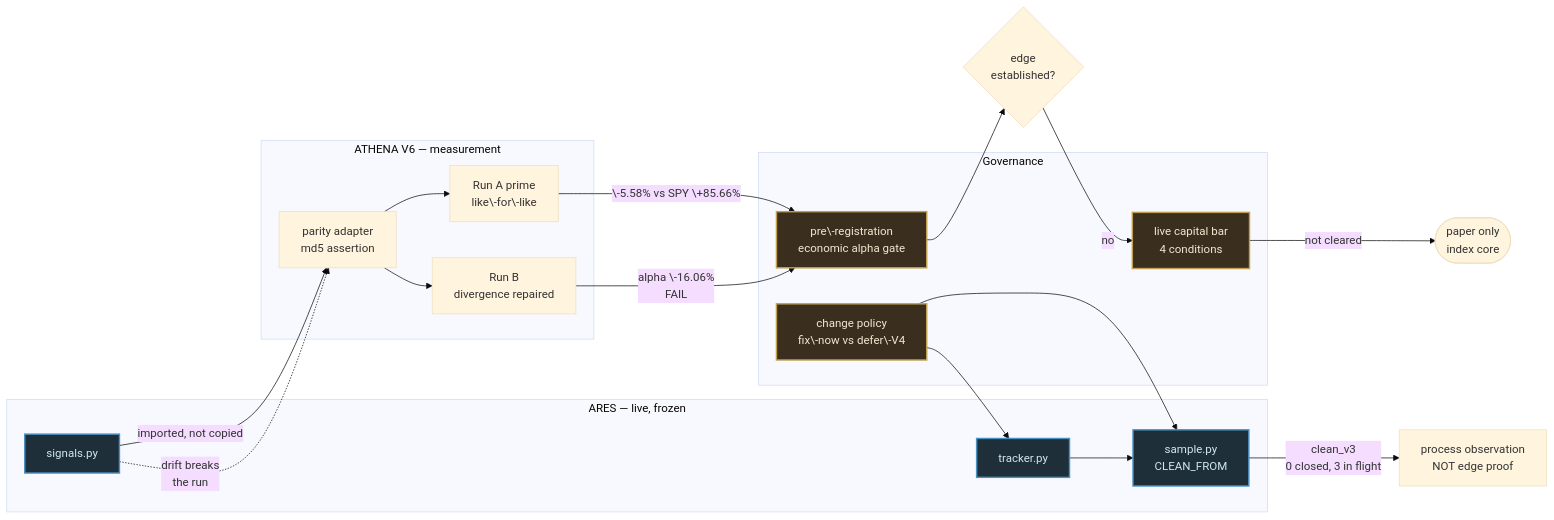
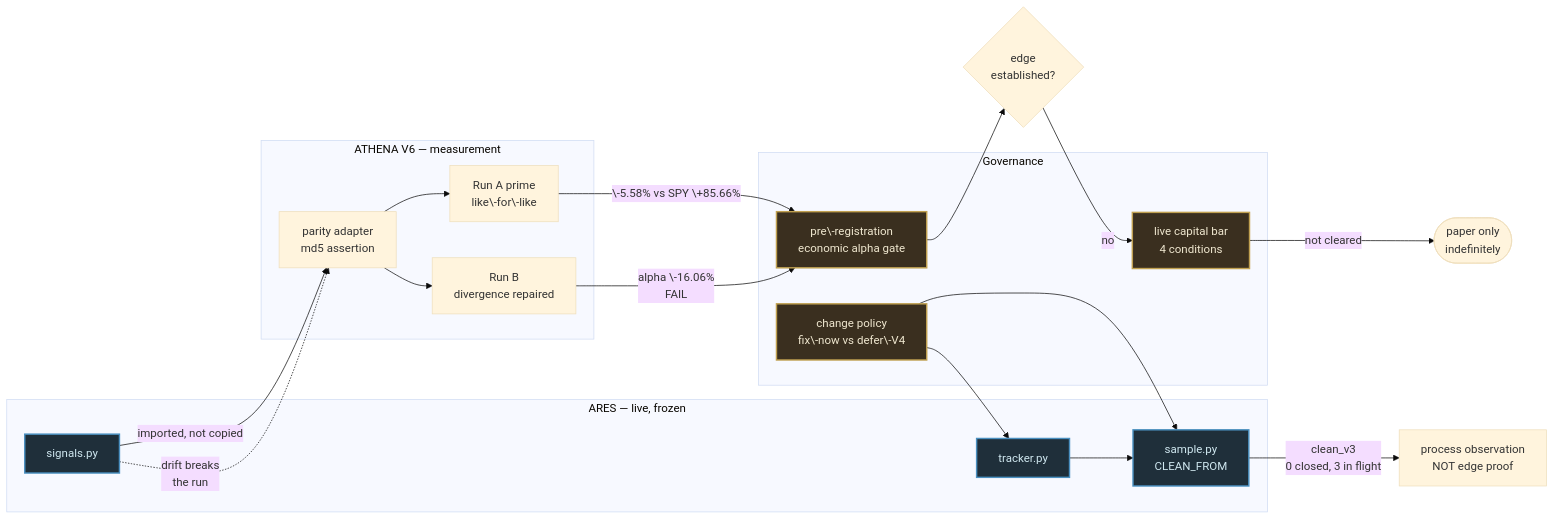
Before and after one commit to Rcks888/Ares: the third of 3 diagrams in diagrams/ARES_System_Overview.md, drawn with Mermaid (base theme). The commit also changed 2 other files, not shown here.

Commit message:
docs: remove personal financial references from public docs
The repo is public. Removes references to a specific employee benefit
plan and personal allocation intent from README, ROADMAP and the
overview diagram. The underlying argument is unchanged -- indefinite
paper trading is still stated as the rational default if the evidence
bar is never cleared -- but it no longer describes the author's own
finances.

````diff
--- a/diagrams/ARES_System_Overview.md
+++ b/diagrams/ARES_System_Overview.md
@@ -99,41 +99,41 @@
 ```mermaid
 flowchart LR
   subgraph LIVE["ARES — live, frozen"]
     SIG["signals.py"]
     TRK["tracker.py"]
     SMP["sample.py<br/>CLEAN_FROM"]
   end
 
   subgraph SIM["ATHENA V6 — measurement"]
     ADPT["parity adapter<br/>md5 assertion"]
     RUNA["Run A prime<br/>like\-for\-like"]
     RUNB["Run B<br/>divergence repaired"]
   end
 
   subgraph GATE["Governance"]
     POL["change policy<br/>fix\-now vs defer\-V4"]
     PREREG["pre\-registration<br/>economic alpha gate"]
     BAR["live capital bar<br/>4 conditions"]
   end
 
   SIG -->|"imported, not copied"| ADPT
   ADPT --> RUNA
   ADPT --> RUNB
   SIG -.->|"drift breaks<br/>the run"| ADPT
 
   RUNA -->|"\-5.58% vs SPY \+85.66%"| PREREG
   RUNB -->|"alpha \-16.06%<br/>FAIL"| PREREG
   PREREG --> VERDICT{"edge<br/>established?"}
   VERDICT -->|no| BAR
-  BAR -->|"not cleared"| PAPER(["paper only<br/>index core"])
+  BAR -->|"not cleared"| PAPER(["paper only<br/>indefinitely"])
 
   TRK --> SMP
   SMP -->|"clean_v3<br/>0 closed, 3 in flight"| OBS["process observation<br/>NOT edge proof"]
   POL --> TRK
   POL --> SMP
 
   classDef live fill:#1f2f3a,stroke:#4a90c0,stroke-width:2px,color:#d0e8f0
   classDef gov fill:#3a2f1f,stroke:#c0a050,stroke-width:2px,color:#f0e8d0
   class SIG,TRK,SMP live
   class POL,PREREG,BAR gov
 ```
````
